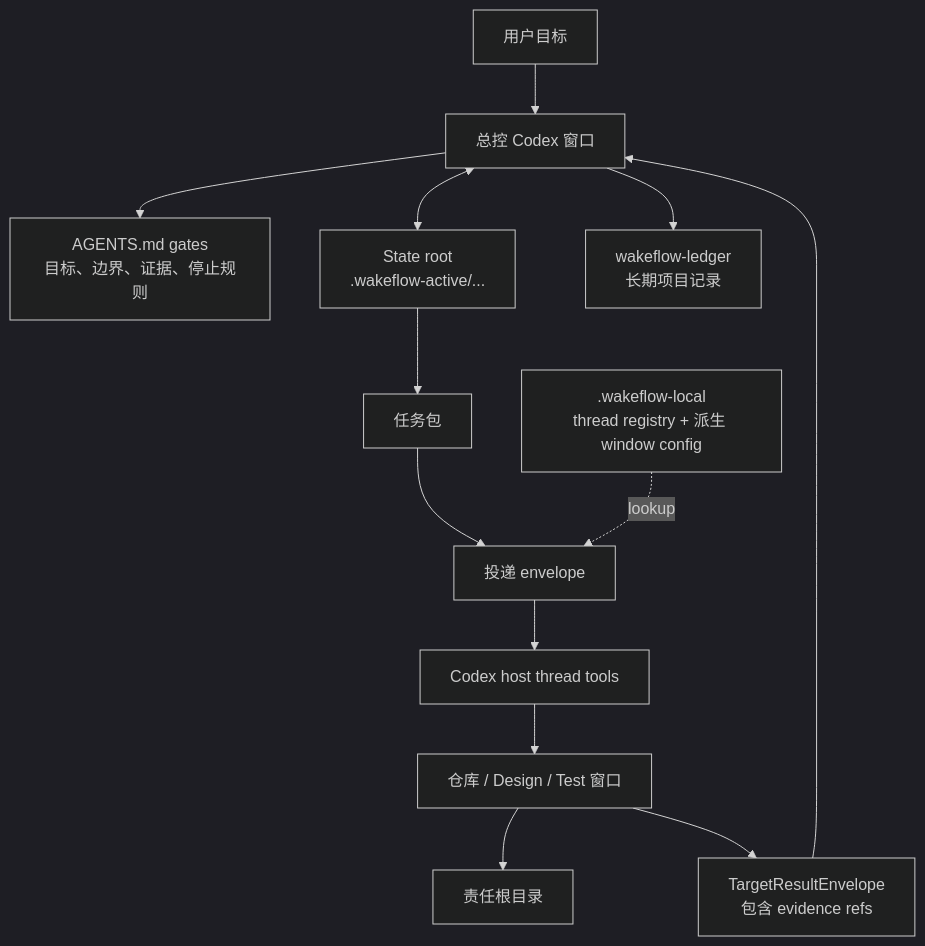
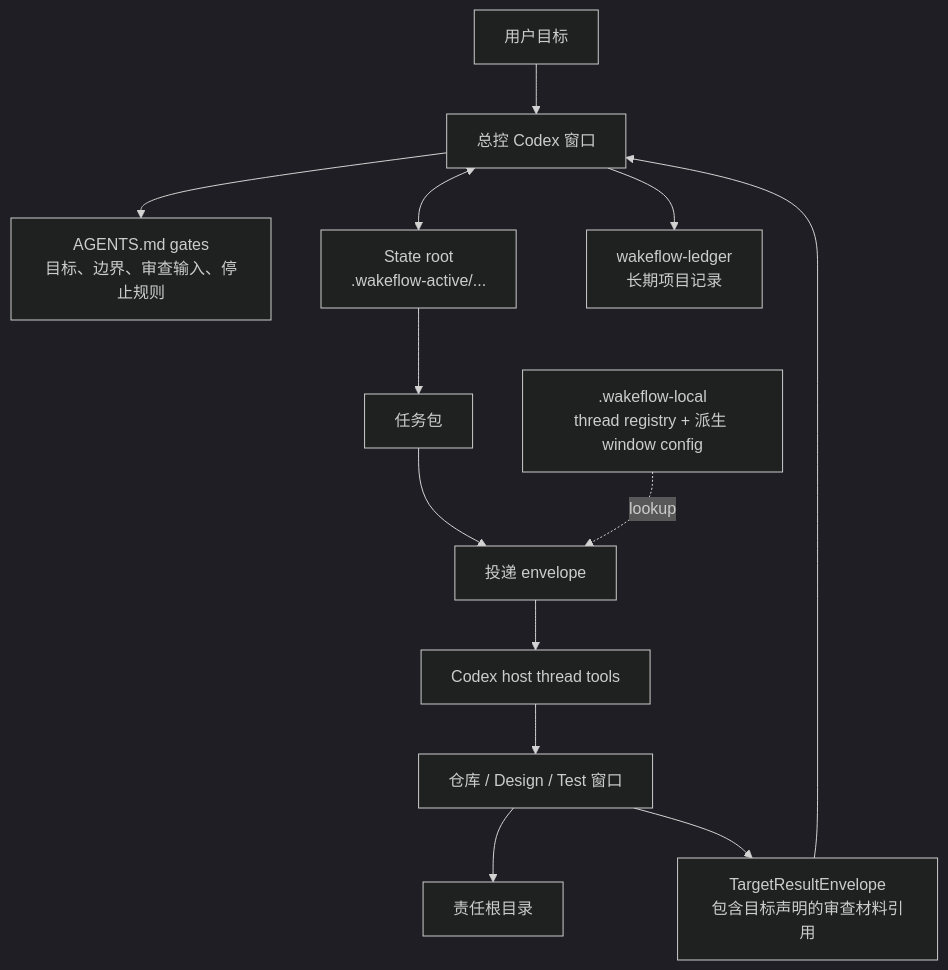
The diagram in plugins/codex-wakeflow/README.zh-CN.md (GxFn/Wakeflow), drawn with Mermaid (dark theme) before and after one commit. The commit also changed other lines of this file and 121 other files, not shown here.

Commit message:
fix: clarify target result trust semantics

````diff
--- a/plugins/codex-wakeflow/README.zh-CN.md
+++ b/plugins/codex-wakeflow/README.zh-CN.md
@@ -55,15 +55,15 @@
 ```mermaid
 flowchart TD
   User["用户目标"] --> Controller["总控 Codex 窗口"]
-  Controller --> Gates["AGENTS.md gates<br/>目标、边界、证据、停止规则"]
+  Controller --> Gates["AGENTS.md gates<br/>目标、边界、审查输入、停止规则"]
   Controller <--> StateRoot["State root<br/>.wakeflow-active/..."]
   StateRoot --> Tasks["任务包"]
   Tasks --> Delivery["投递 envelope"]
   LocalRuntime[".wakeflow-local<br/>thread registry + 派生 window config"] -. "lookup" .-> Delivery
   Delivery --> Host["Codex host thread tools"]
   Host --> Targets["仓库 / Design / Test 窗口"]
   Targets --> Repos["责任根目录"]
-  Targets --> Results["TargetResultEnvelope<br/>包含 evidence refs"]
+  Targets --> Results["TargetResultEnvelope<br/>包含目标声明的审查材料引用"]
   Results --> Controller
   Controller --> Ledger["wakeflow-ledger<br/>长期项目记录"]
 ```
````
